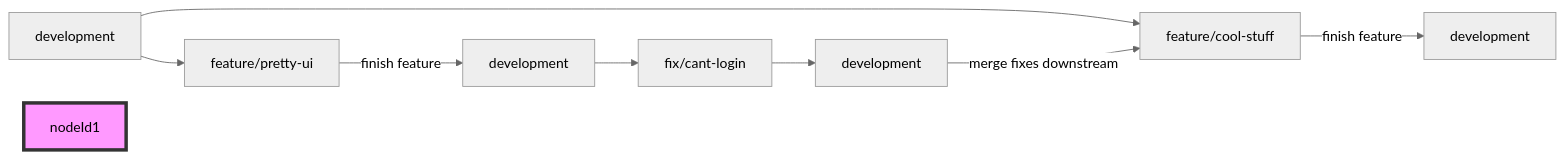
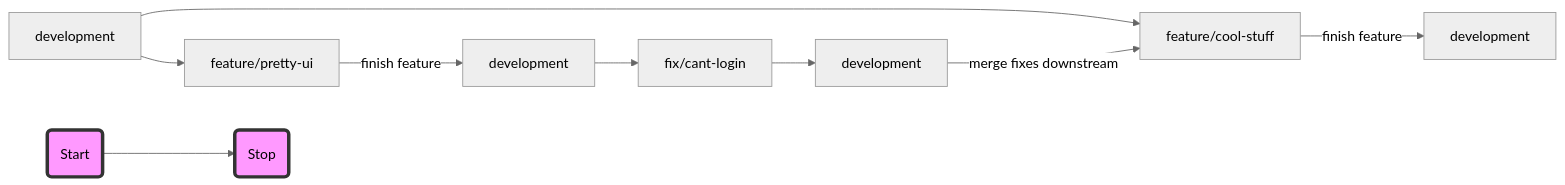
Before and after one commit to hasparus/software-engineering-class: the diagram in testy/plan_zarządzania_jakością_produktu.md, drawn with Mermaid (neutral theme). The commit also changed other lines of this file, not shown here.

Commit message:
Uploaded by https://stackedit.io/

````diff
--- a/testy/plan_zarządzania_jakością_produktu.md
+++ b/testy/plan_zarządzania_jakością_produktu.md
@@ -21,15 +21,15 @@
 ```mermaid
 graph LR;
 	d#1[development]-->feature/cool-stuff;
 	d#1[development]-->feature/pretty-ui;
 	feature/pretty-ui--finish feature-->d#2[development];
 	d#3[development]--merge fixes downstream-->feature/cool-stuff;
 	fix/cant-login-->d#3[development]
 	d#2[development]-->fix/cant-login;
 	feature/cool-stuff--finish feature-->d#4[development];
 	
-	nodeId1;		
-	
+	id1(Start)-->id2(Stop)
+	style id1 fill:#f9f,stroke:#333,stroke-width:4px;
 	classDef className fill:#f9f,stroke:#333,stroke-width:4px;
-    class nodeId1 className;
+	class id2 className;
 ```
````
